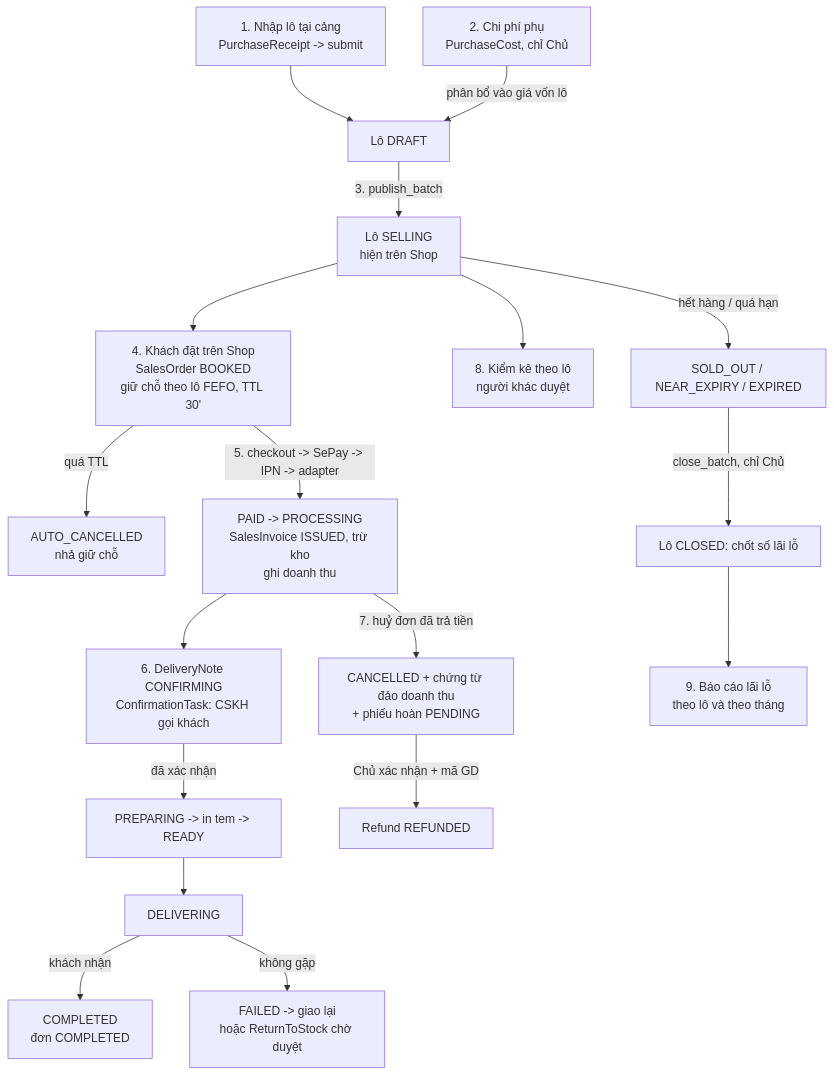
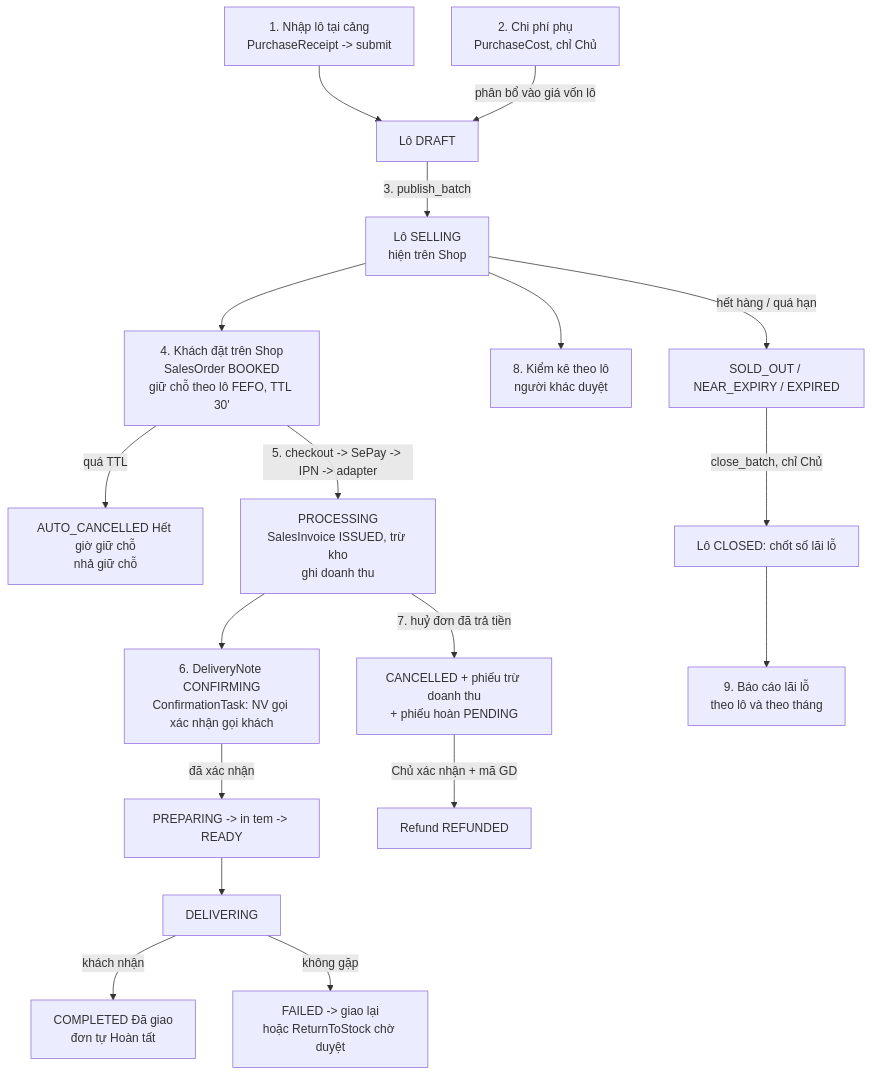
One commit to DuyduyFedev46/fish changed the second of 2 diagrams in doc/he-thong/nghiep-vu.md. Above: the diagram before and after it, drawn with Mermaid. The commit also changed other lines of this file and 86 other files, not shown here.

````diff
--- a/doc/he-thong/nghiep-vu.md
+++ b/doc/he-thong/nghiep-vu.md
@@ -46,20 +46,20 @@
 ```mermaid
 flowchart TD
   A[1. Nhập lô tại cảng<br/>PurchaseReceipt -> submit] --> B[Lô DRAFT]
   A2[2. Chi phí phụ<br/>PurchaseCost, chỉ Chủ] -->|phân bổ vào giá vốn lô| B
   B -->|3. publish_batch| C[Lô SELLING<br/>hiện trên Shop]
   C --> D[4. Khách đặt trên Shop<br/>SalesOrder BOOKED<br/>giữ chỗ theo lô FEFO, TTL 30']
-  D -->|quá TTL| D1[AUTO_CANCELLED<br/>nhả giữ chỗ]
-  D -->|5. checkout -> SePay -> IPN -> adapter| E[PAID -> PROCESSING<br/>SalesInvoice ISSUED, trừ kho<br/>ghi doanh thu]
-  E --> F[6. DeliveryNote CONFIRMING<br/>ConfirmationTask: CSKH gọi khách]
+  D -->|quá TTL| D1[AUTO_CANCELLED Hết giờ giữ chỗ<br/>nhả giữ chỗ]
+  D -->|5. checkout -> SePay -> IPN -> adapter| E[PROCESSING<br/>SalesInvoice ISSUED, trừ kho<br/>ghi doanh thu]
+  E --> F[6. DeliveryNote CONFIRMING<br/>ConfirmationTask: NV gọi xác nhận gọi khách]
   F -->|đã xác nhận| G[PREPARING -> in tem -> READY]
   G --> H[DELIVERING]
-  H -->|khách nhận| I[COMPLETED<br/>đơn COMPLETED]
+  H -->|khách nhận| I[COMPLETED Đã giao<br/>đơn tự Hoàn tất]
   H -->|không gặp| J[FAILED -> giao lại<br/>hoặc ReturnToStock chờ duyệt]
-  E -->|7. huỷ đơn đã trả tiền| K[CANCELLED + chứng từ đảo doanh thu<br/>+ phiếu hoàn PENDING]
+  E -->|7. huỷ đơn đã trả tiền| K[CANCELLED + phiếu trừ doanh thu<br/>+ phiếu hoàn PENDING]
   K -->|Chủ xác nhận + mã GD| L[Refund REFUNDED]
   C --> M[8. Kiểm kê theo lô<br/>người khác duyệt]
   C -->|hết hàng / quá hạn| N[SOLD_OUT / NEAR_EXPIRY / EXPIRED]
   N -->|close_batch, chỉ Chủ| O[Lô CLOSED: chốt số lãi lỗ]
   O --> P[9. Báo cáo lãi lỗ<br/>theo lô và theo tháng]
 ```
````
